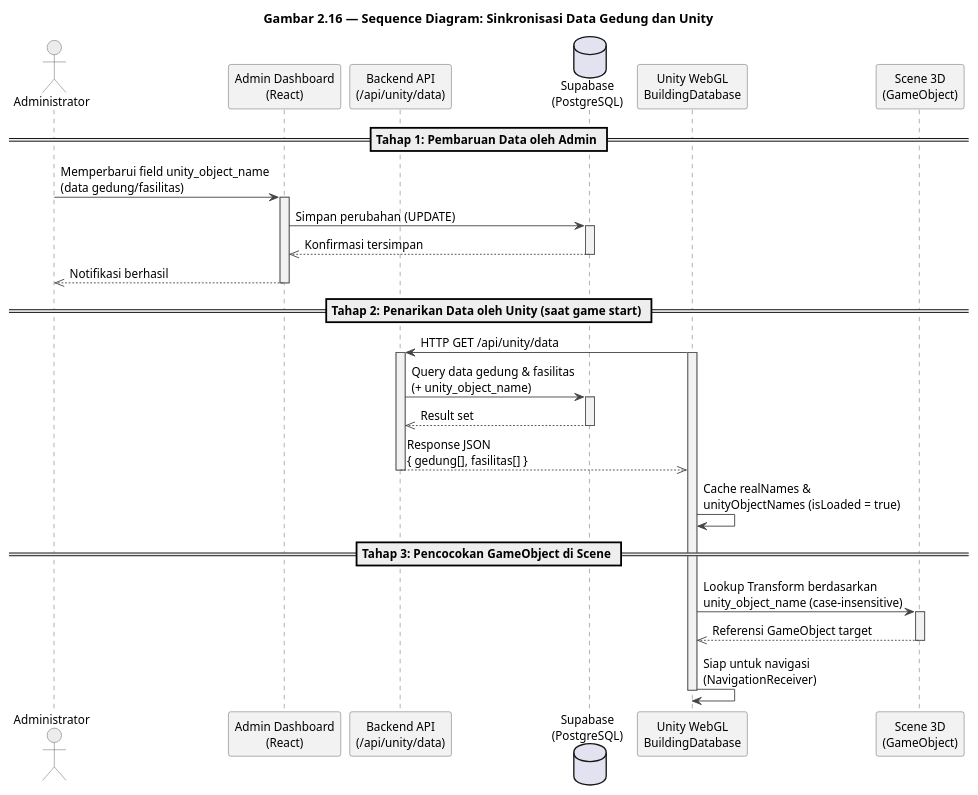
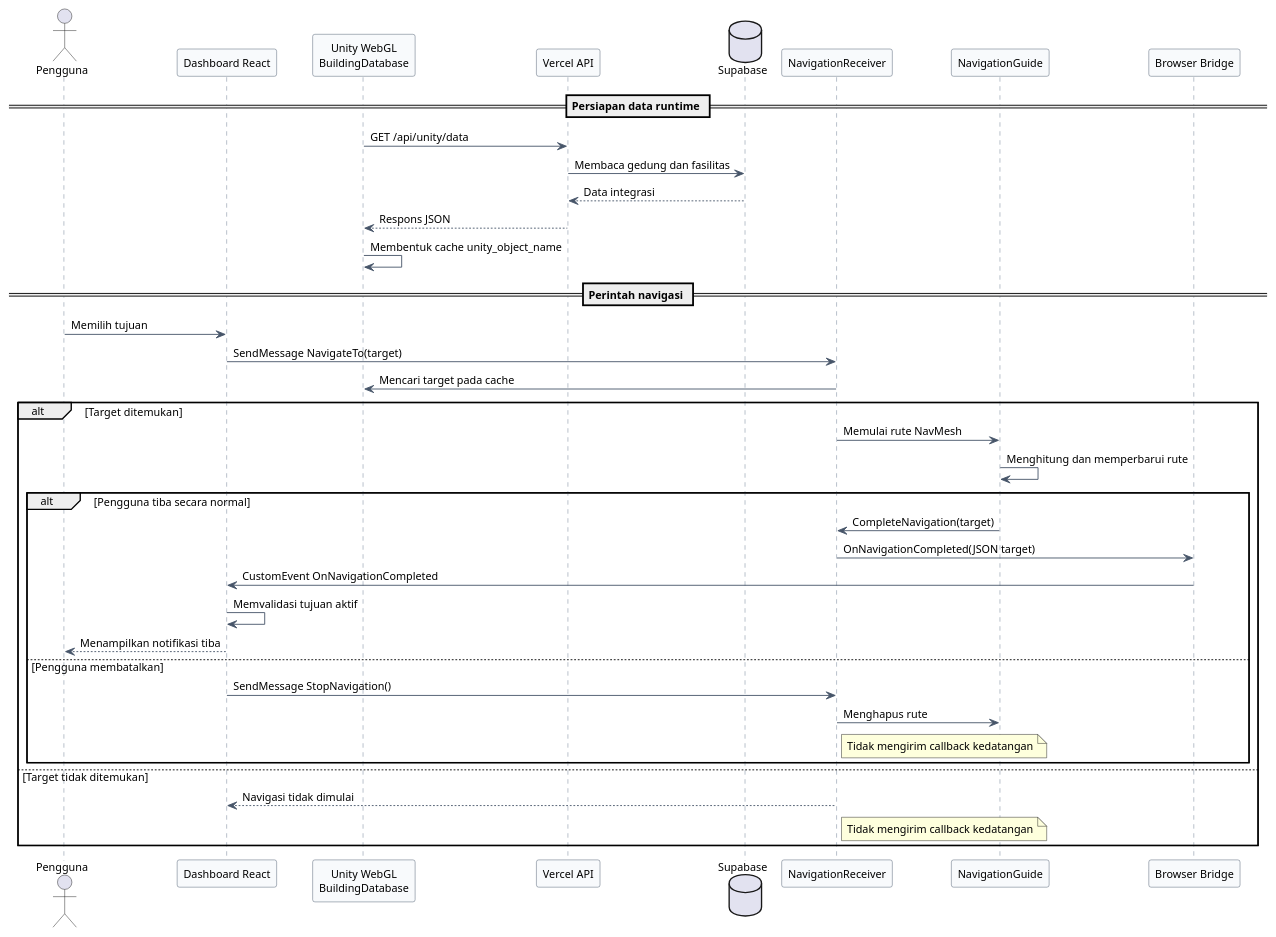
The diagram in diagrams/gambar-2.16-sequence-sinkronisasi-data-unity.puml (Jokskuyy/workflow-ta-proyek), drawn with PlantUML before and after one commit. The commit also changed 76 other files, not shown here.

Commit message:
feat(report): finalisasi UML dan tipografi laporan Faiz

```diff
--- a/diagrams/gambar-2.16-sequence-sinkronisasi-data-unity.puml
+++ b/diagrams/gambar-2.16-sequence-sinkronisasi-data-unity.puml
@@ -1,60 +1,63 @@
-@startuml gambar-2-16-sequence-sinkronisasi-data-unity
-' Gambar 2.16 - Sequence Diagram: Sinkronisasi Data Gedung dan Unity
-' Sumber: BAB II - 2.3.3 Sequence Diagram (b) + PRD (alur unity_object_name)
-
-skinparam backgroundColor #FFFFFF
+@startuml
+skinparam defaultFontName "Times New Roman"
+skinparam defaultFontSize 12
 skinparam shadowing false
-skinparam defaultFontName "Segoe UI"
-skinparam defaultFontSize 13
-skinparam sequenceArrowColor #444444
-skinparam sequenceLifeLineBorderColor #555555
-skinparam sequenceLifeLineBackgroundColor #F2F2F2
+skinparam ArrowColor #475569
 skinparam participant {
-  BackgroundColor #F2F2F2
-  BorderColor #555555
+  FontName "Times New Roman"
+  FontStyle plain
+  BackgroundColor #F8FAFC
+  BorderColor #475569
 }
-skinparam actor {
-  BackgroundColor #ECECEC
-  BorderColor #555555
+skinparam sequence {
+  LifeLineBorderColor #64748B
+  LifeLineBackgroundColor #FFFFFF
+  GroupHeaderFontName "Times New Roman"
+  GroupHeaderFontStyle plain
+  GroupFontName "Times New Roman"
+  GroupFontStyle plain
 }
 
-title Gambar 2.16 — Sequence Diagram: Sinkronisasi Data Gedung dan Unity
+actor Pengguna as user
+participant "Dashboard React" as react
+participant "Unity WebGL\nBuildingDatabase" as unity
+participant "Vercel API" as api
+database "Supabase" as supabase
+participant "NavigationReceiver" as receiver
+participant "NavigationGuide" as guide
+participant "Browser Bridge" as bridge
 
-actor "Administrator" as Admin
-participant "Admin Dashboard\n(React)" as FE
-participant "Backend API\n(/api/unity/data)" as API
-database "Supabase\n(PostgreSQL)" as DB
-participant "Unity WebGL\nBuildingDatabase" as Unity
-participant "Scene 3D\n(GameObject)" as Scene
+== Persiapan data runtime ==
+unity -> api : GET /api/unity/data
+api -> supabase : Membaca gedung dan fasilitas
+supabase --> api : Data integrasi
+api --> unity : Respons JSON
+unity -> unity : Membentuk cache unity_object_name
 
-== Tahap 1: Pembaruan Data oleh Admin ==
-Admin -> FE : Memperbarui field unity_object_name\n(data gedung/fasilitas)
-activate FE
-FE -> DB : Simpan perubahan (UPDATE)
-activate DB
-DB -->> FE : Konfirmasi tersimpan
-deactivate DB
-FE -->> Admin : Notifikasi berhasil
-deactivate FE
-
-== Tahap 2: Penarikan Data oleh Unity (saat game start) ==
-Unity -> API : HTTP GET /api/unity/data
-activate Unity
-activate API
-API -> DB : Query data gedung & fasilitas\n(+ unity_object_name)
-activate DB
-DB -->> API : Result set
-deactivate DB
-API -->> Unity : Response JSON\n{ gedung[], fasilitas[] }
-deactivate API
-Unity -> Unity : Cache realNames &\nunityObjectNames (isLoaded = true)
-
-== Tahap 3: Pencocokan GameObject di Scene ==
-Unity -> Scene : Lookup Transform berdasarkan\nunity_object_name (case-insensitive)
-activate Scene
-Scene -->> Unity : Referensi GameObject target
-deactivate Scene
-Unity -> Unity : Siap untuk navigasi\n(NavigationReceiver)
-deactivate Unity
-
+== Perintah navigasi ==
+user -> react : Memilih tujuan
+react -> receiver : SendMessage NavigateTo(target)
+receiver -> unity : Mencari target pada cache
+alt Target ditemukan
+  receiver -> guide : Memulai rute NavMesh
+  guide -> guide : Menghitung dan memperbarui rute
+  alt Pengguna tiba secara normal
+    guide -> receiver : CompleteNavigation(target)
+    receiver -> bridge : OnNavigationCompleted(JSON target)
+    bridge -> react : CustomEvent OnNavigationCompleted
+    react -> react : Memvalidasi tujuan aktif
+    react --> user : Menampilkan notifikasi tiba
+  else Pengguna membatalkan
+    react -> receiver : SendMessage StopNavigation()
+    receiver -> guide : Menghapus rute
+    note right of receiver
+    Tidak mengirim callback kedatangan
+    end note
+  end
+else Target tidak ditemukan
+  receiver --> react : Navigasi tidak dimulai
+  note right of receiver
+  Tidak mengirim callback kedatangan
+  end note
+end
 @enduml
```
